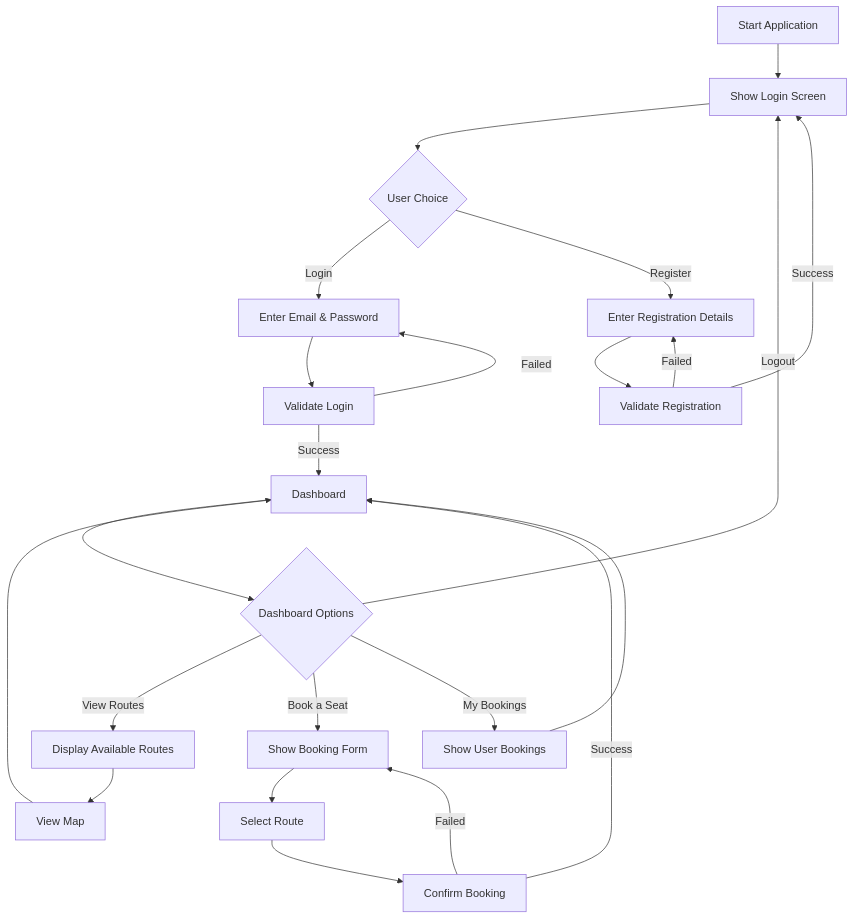
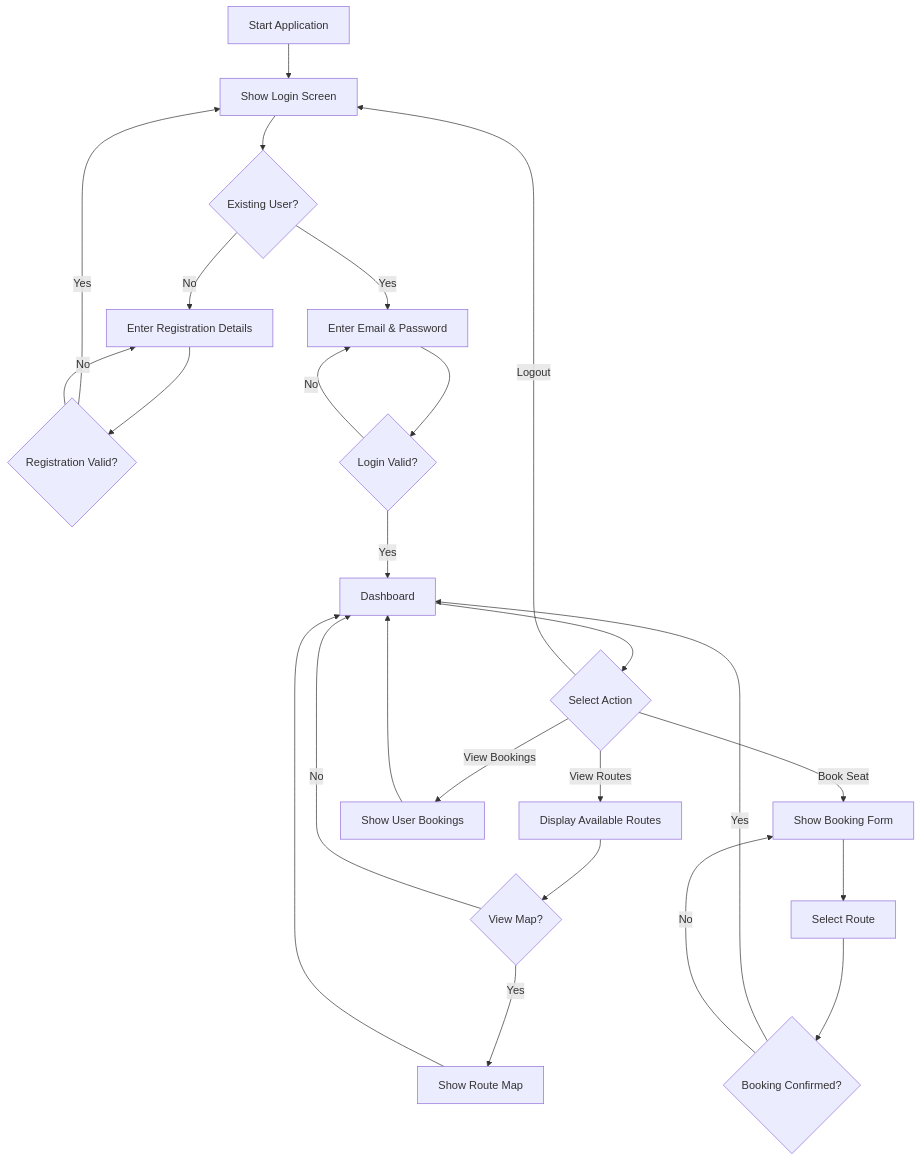
The diagram in flowchart.md (DarwinMelaya/TranConnect), drawn with Mermaid before and after one commit. The commit also changed 2 other files, not shown here.

Commit message:
Add a confirmation before i logout

````diff
--- a/flowchart.md
+++ b/flowchart.md
@@ -1,32 +1,35 @@
 ```mermaid
 flowchart TD
     A[Start Application] --> B[Show Login Screen]
-    B --> C{User Choice}
+    B --> C{Existing User?}
 
-    C -->|Login| D[Enter Email & Password]
-    C -->|Register| E[Enter Registration Details]
+    C -->|No| E[Enter Registration Details]
+    C -->|Yes| D[Enter Email & Password]
 
-    E --> F[Validate Registration]
-    F -->|Success| B
-    F -->|Failed| E
+    E --> F{Registration Valid?}
+    F -->|Yes| B
+    F -->|No| E
 
-    D --> G[Validate Login]
-    G -->|Failed| D
-    G -->|Success| H[Dashboard]
+    D --> G{Login Valid?}
+    G -->|No| D
+    G -->|Yes| H[Dashboard]
 
-    H --> I{Dashboard Options}
+    H --> I{Select Action}
 
     I -->|View Routes| J[Display Available Routes]
-    I -->|Book a Seat| K[Show Booking Form]
-    I -->|My Bookings| L[Show User Bookings]
+    J --> O{View Map?}
+    O -->|Yes| P[Show Route Map]
+    O -->|No| H
+    P --> H
+
+    I -->|Book Seat| K[Show Booking Form]
+    K --> M[Select Route]
+    M --> N{Booking Confirmed?}
+    N -->|Yes| H
+    N -->|No| K
+
+    I -->|View Bookings| L[Show User Bookings]
+    L --> H
+
     I -->|Logout| B
-
-    K --> M[Select Route]
-    M --> N[Confirm Booking]
-    N -->|Success| H
-    N -->|Failed| K
-
-    J --> O[View Map]
-    O --> H
-    L --> H
 ```
````
